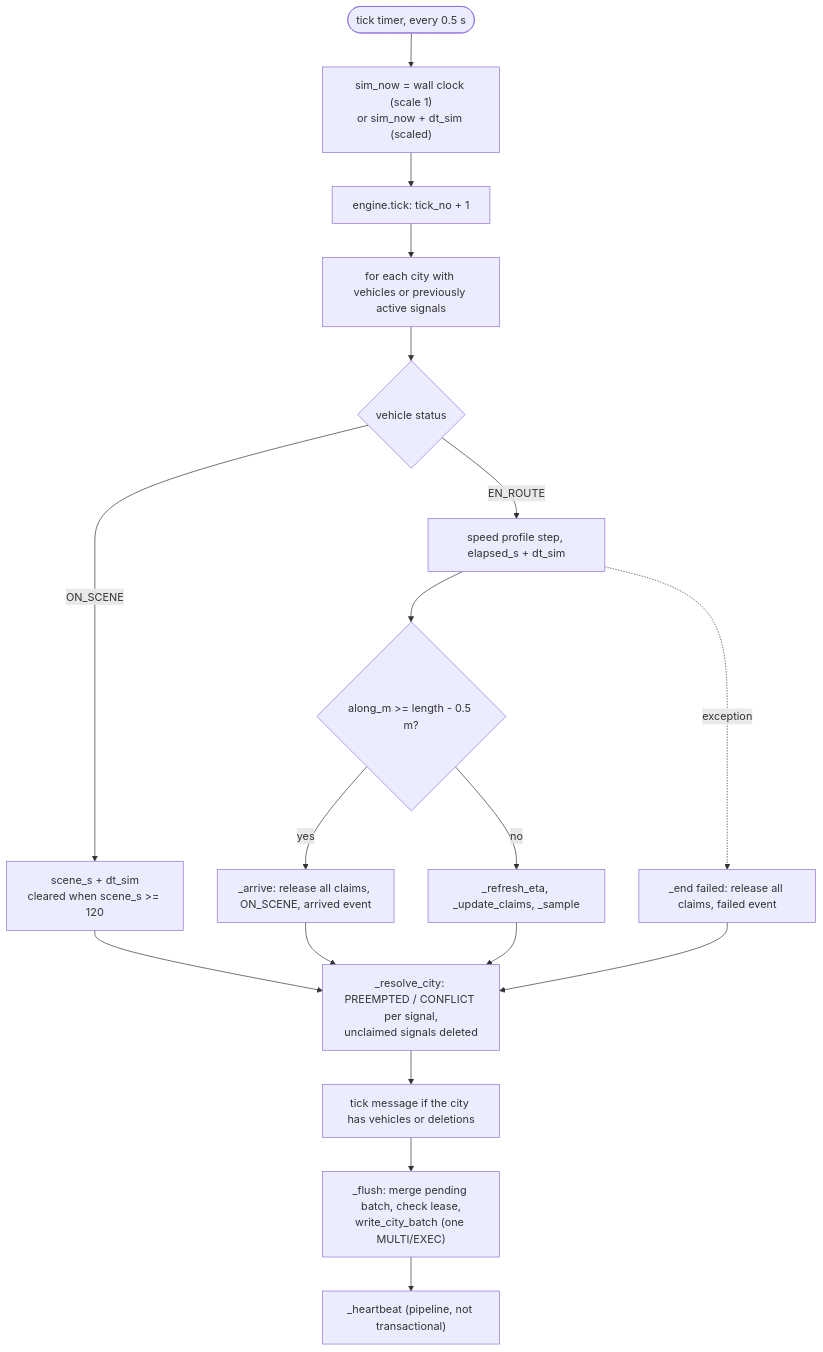
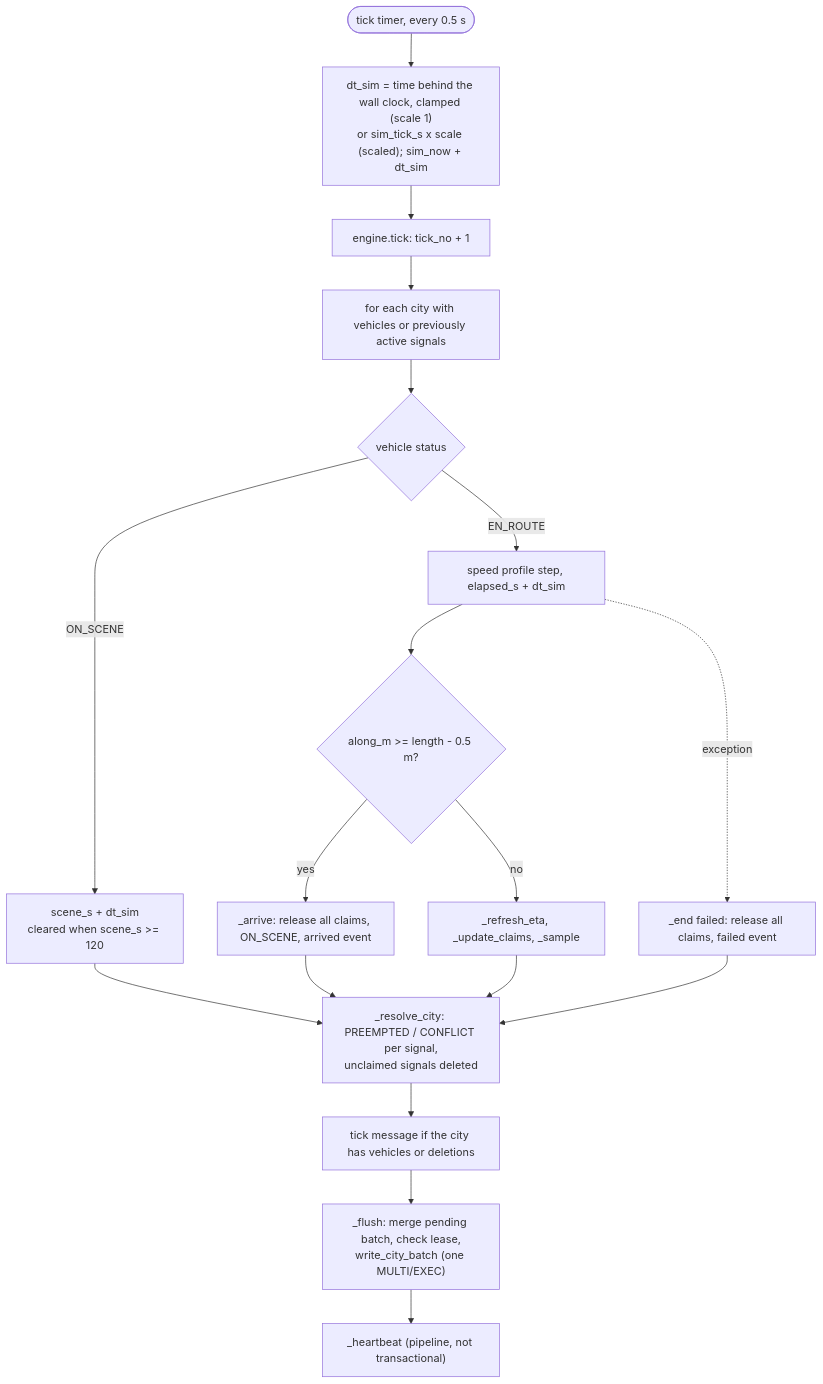
Before and after one commit to amanaanubhav/divert-ai: the second of 12 diagrams in docs/knowledge-bank/07-runtime-workflows.md, drawn with Mermaid. The commit also changed other lines of this file and 12 other files, not shown here.

First line of the commit message:
fix(sim): one sim clock, per-instance claim ids and on-scene restore

````diff
--- a/docs/knowledge-bank/07-runtime-workflows.md
+++ b/docs/knowledge-bank/07-runtime-workflows.md
@@ -124,20 +124,20 @@
 ```mermaid
 flowchart TD
-    S(["tick timer, every 0.5 s"]) --> CLK["sim_now = wall clock (scale 1)<br/>or sim_now + dt_sim (scaled)"]
+    S(["tick timer, every 0.5 s"]) --> CLK["dt_sim = time behind the wall clock, clamped (scale 1)<br/>or sim_tick_s x scale (scaled); sim_now + dt_sim"]
     CLK --> T["engine.tick: tick_no + 1"]
     T --> CITY["for each city with vehicles or previously active signals"]
     CITY --> V{"vehicle status"}
     V -- "ON_SCENE" --> SC["scene_s + dt_sim<br/>cleared when scene_s >= 120"]
     V -- "EN_ROUTE" --> MV["speed profile step, elapsed_s + dt_sim"]
     MV --> ARR{"along_m >= length - 0.5 m?"}
     ARR -- "yes" --> AR["_arrive: release all claims, ON_SCENE, arrived event"]
     ARR -- "no" --> ETA["_refresh_eta, _update_claims, _sample"]
     MV -. "exception" .-> FL["_end failed: release all claims, failed event"]
     SC --> RES
     AR --> RES
     ETA --> RES
     FL --> RES["_resolve_city: PREEMPTED / CONFLICT per signal,<br/>unclaimed signals deleted"]
     RES --> TK["tick message if the city has vehicles or deletions"]
     TK --> FLUSH["_flush: merge pending batch, check lease,<br/>write_city_batch (one MULTI/EXEC)"]
     FLUSH --> HB["_heartbeat (pipeline, not transactional)"]
 ```
````
